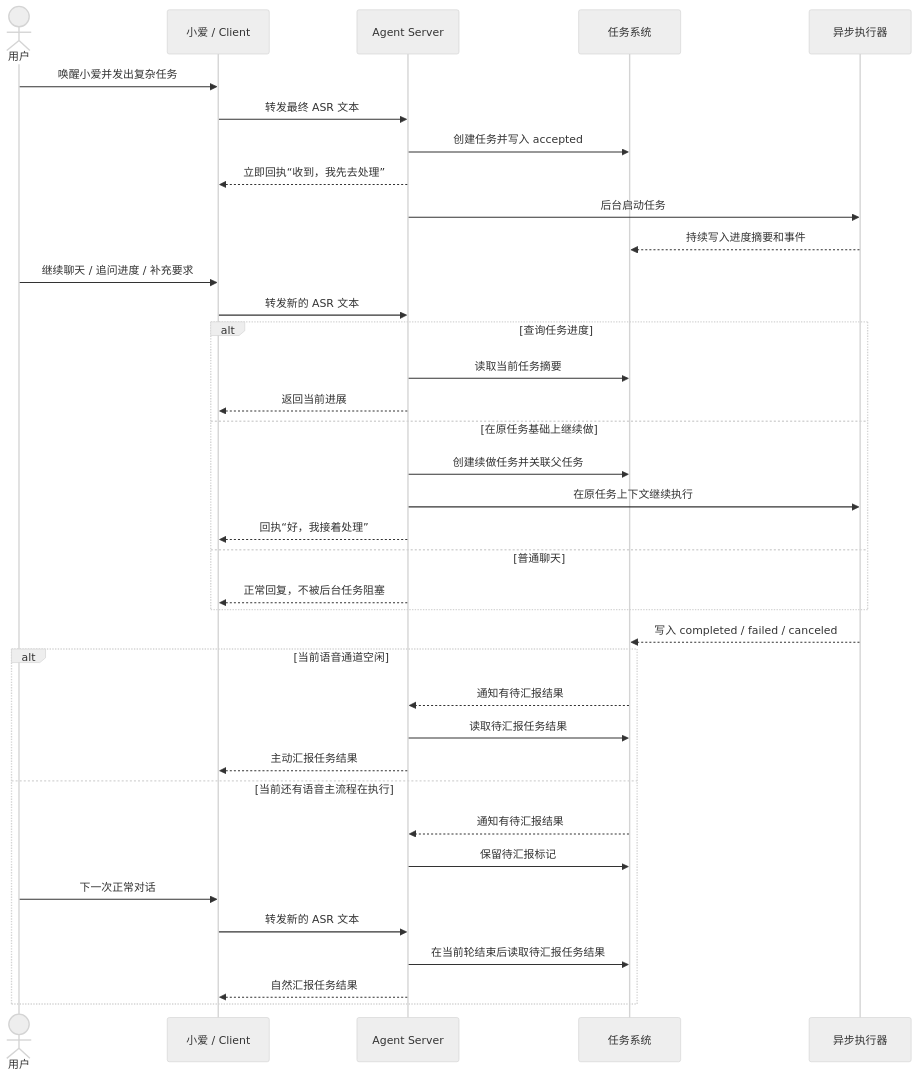
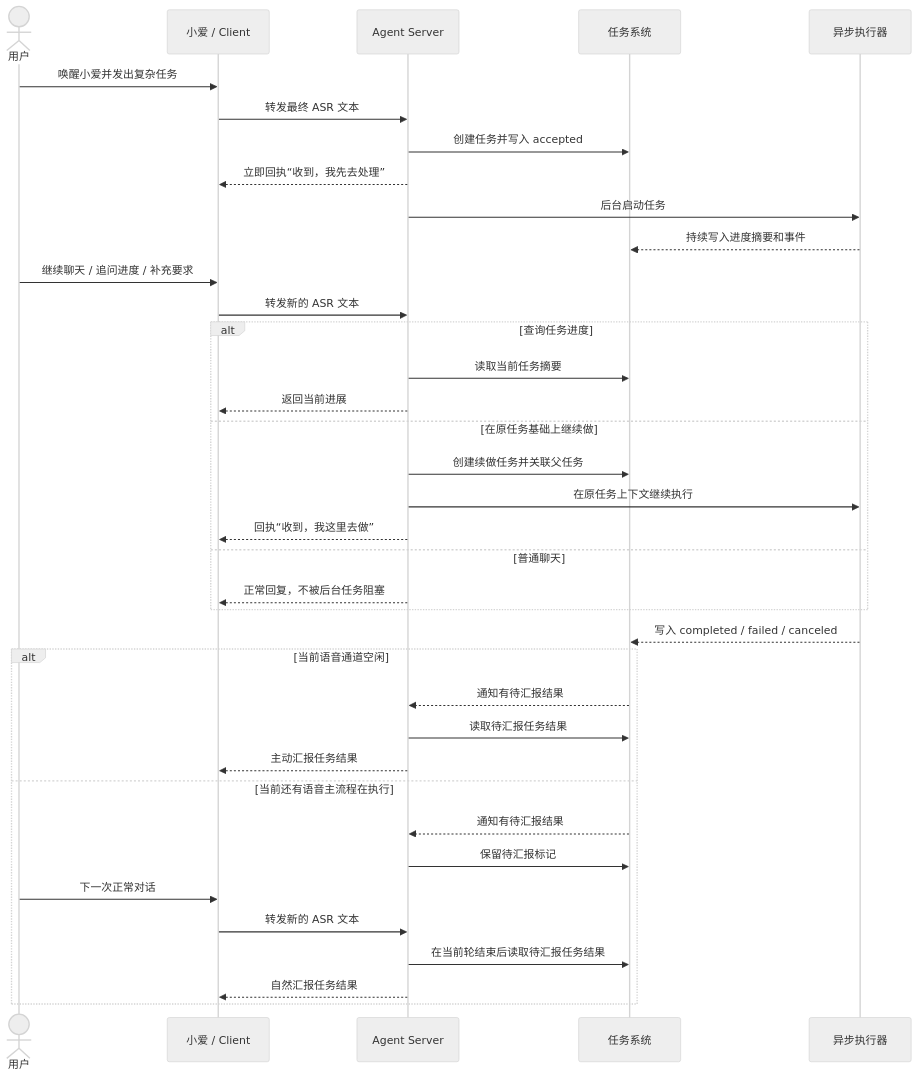
Before and after one commit to luoliwoshang/open-xiaoai-agent: the first of 2 diagrams in docs/async-tasks.md, drawn with Mermaid (neutral theme). The commit also changed 2 other files, not shown here.

Commit message:
fix: simplify continue task ack reply

````diff
--- a/docs/async-tasks.md
+++ b/docs/async-tasks.md
@@ -42,44 +42,44 @@
 ```mermaid
 sequenceDiagram
     actor User as 用户
     participant Device as 小爱 / Client
     participant Agent as Agent Server
     participant Tasks as 任务系统
     participant Runner as 异步执行器
 
     User->>Device: 唤醒小爱并发出复杂任务
     Device->>Agent: 转发最终 ASR 文本
     Agent->>Tasks: 创建任务并写入 accepted
     Agent-->>Device: 立即回执“收到，我先去处理”
     Agent->>Runner: 后台启动任务
     Runner-->>Tasks: 持续写入进度摘要和事件
 
     User->>Device: 继续聊天 / 追问进度 / 补充要求
     Device->>Agent: 转发新的 ASR 文本
 
     alt 查询任务进度
         Agent->>Tasks: 读取当前任务摘要
         Agent-->>Device: 返回当前进展
     else 在原任务基础上继续做
         Agent->>Tasks: 创建续做任务并关联父任务
         Agent->>Runner: 在原任务上下文继续执行
-        Agent-->>Device: 回执“好，我接着处理”
+        Agent-->>Device: 回执“收到，我这里去做”
     else 普通聊天
         Agent-->>Device: 正常回复，不被后台任务阻塞
     end
 
     Runner-->>Tasks: 写入 completed / failed / canceled
 
     alt 当前语音通道空闲
         Tasks-->>Agent: 通知有待汇报结果
         Agent->>Tasks: 读取待汇报任务结果
         Agent-->>Device: 主动汇报任务结果
     else 当前还有语音主流程在执行
         Tasks-->>Agent: 通知有待汇报结果
         Agent->>Tasks: 保留待汇报标记
         User->>Device: 下一次正常对话
         Device->>Agent: 转发新的 ASR 文本
         Agent->>Tasks: 在当前轮结束后读取待汇报任务结果
         Agent-->>Device: 自然汇报任务结果
     end
 ```
````
